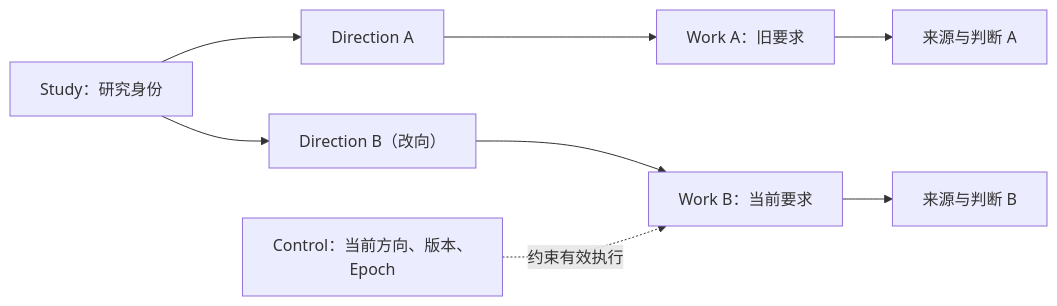
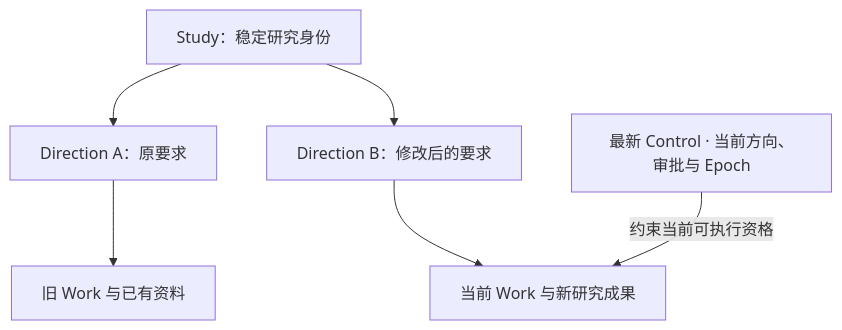
The second of 7 diagrams in docs/technical-handbook/02-architecture.md (studyzhige-ui/Epivra), drawn with Mermaid before and after one commit. The commit also changed other lines of this file, not shown here.

````diff
--- a/docs/technical-handbook/02-architecture.md
+++ b/docs/technical-handbook/02-architecture.md
@@ -65,10 +72,9 @@
 ```mermaid
-flowchart LR
-  ST["Study：研究身份"] --> D1["Direction A"]
-  ST --> D2["Direction B（改向）"]
-  D1 --> W1["Work A：旧要求"]
-  D2 --> W2["Work B：当前要求"]
-  W1 --> A1["来源与判断 A"]
-  W2 --> A2["来源与判断 B"]
-  C["Control：当前方向、版本、Epoch"] -. "约束有效执行" .-> W2
+flowchart TD
+    ST["Study：稳定研究身份"]
+    ST --> D1["Direction A：原要求"]
+    ST --> D2["Direction B：修改后的要求"]
+    D1 --> W1["旧 Work 与已有资料"]
+    D2 --> W2["当前 Work 与新研究成果"]
+    CT["最新 Control · 当前方向、审批与 Epoch"] -->|"约束当前可执行资格"| W2
 ```
````
